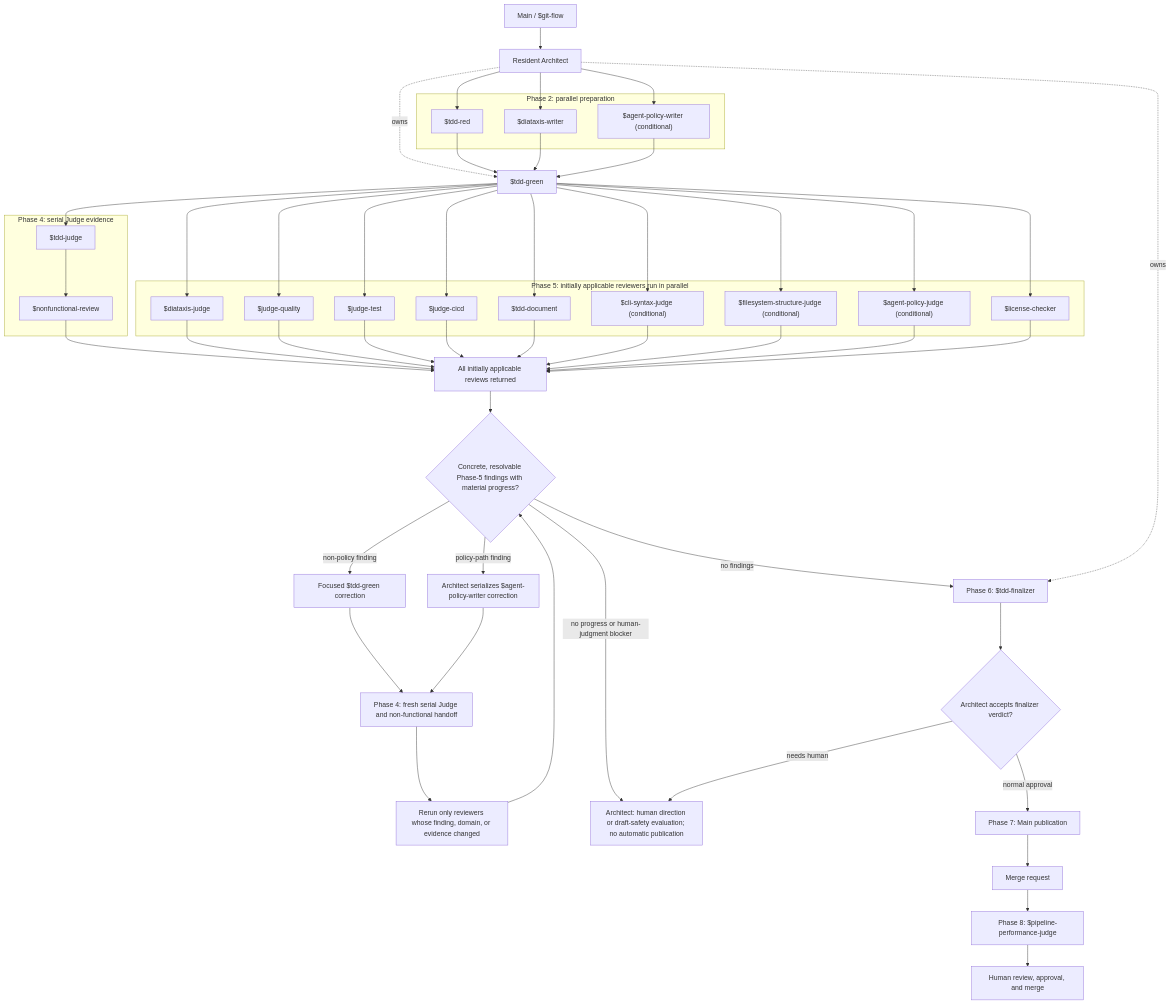
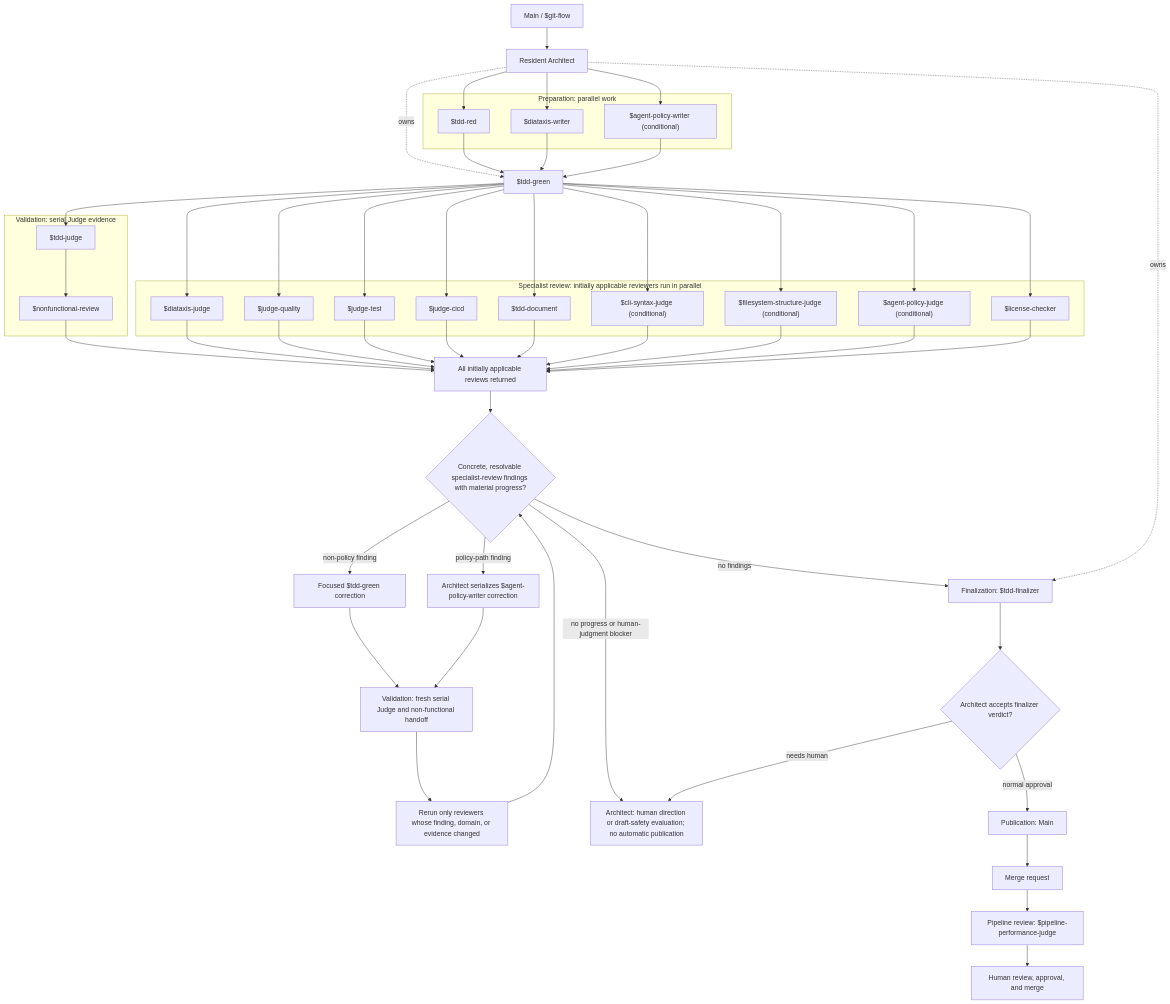
One commit to dfwguy/nvis-ova-agentic-copier changed the first of 5 diagrams in docs/explanation/agentic-workflow.md. Above: the diagram before and after it, drawn with Mermaid. The commit also changed other lines of this file and 49 other files, not shown here.

````diff
--- a/docs/explanation/agentic-workflow.md
+++ b/docs/explanation/agentic-workflow.md
@@ -168,68 +159,68 @@
 ```mermaid
 flowchart TD
     main["Main / $git-flow"] --> architect["Resident Architect"]
-    subgraph phase2["Phase 2: parallel preparation"]
+    subgraph preparation["Preparation: parallel work"]
         red["$tdd-red"]
         writer["$diataxis-writer"]
         policywriter["$agent-policy-writer (conditional)"]
     end
     architect --> red
     architect --> writer
     architect --> policywriter
     architect -. owns .-> green["$tdd-green"]
     red --> green
     writer --> green
     policywriter --> green
     green --> judge
-    subgraph phase4["Phase 4: serial Judge evidence"]
+    subgraph validation["Validation: serial Judge evidence"]
         judge["$tdd-judge"]
         nonfunctional["$nonfunctional-review"]
     end
-    subgraph phase5["Phase 5: initially applicable reviewers run in parallel"]
+    subgraph specialistreview["Specialist review: initially applicable reviewers run in parallel"]
         diataxis["$diataxis-judge"]
         quality["$judge-quality"]
         testjudge["$judge-test"]
         cicd["$judge-cicd"]
         readme["$tdd-document"]
         cli["$cli-syntax-judge (conditional)"]
         filesystem["$filesystem-structure-judge (conditional)"]
         policy["$agent-policy-judge (conditional)"]
         license["$license-checker"]
     end
     judge --> nonfunctional
     green --> diataxis
     green --> quality
     green --> testjudge
     green --> cicd
     green --> readme
     green --> cli
     green --> filesystem
     green --> policy
     green --> license
     nonfunctional --> reviews["All initially applicable reviews returned"]
     diataxis --> reviews
     quality --> reviews
     testjudge --> reviews
     cicd --> reviews
     readme --> reviews
     cli --> reviews
     filesystem --> reviews
     policy --> reviews
     license --> reviews
-    reviews --> phase5outcome{"Concrete, resolvable Phase-5 findings with material progress?"}
-    phase5outcome -- "non-policy finding" --> focusedgreen["Focused $tdd-green correction"]
-    phase5outcome -- "policy-path finding" --> policycorrection["Architect serializes $agent-policy-writer correction"]
-    focusedgreen --> correctionjudge["Phase 4: fresh serial Judge and non-functional handoff"]
+    reviews --> reviewoutcome{"Concrete, resolvable specialist-review findings with material progress?"}
+    reviewoutcome -- "non-policy finding" --> focusedgreen["Focused $tdd-green correction"]
+    reviewoutcome -- "policy-path finding" --> policycorrection["Architect serializes $agent-policy-writer correction"]
+    focusedgreen --> correctionjudge["Validation: fresh serial Judge and non-functional handoff"]
     policycorrection --> correctionjudge
     correctionjudge --> selective["Rerun only reviewers whose finding, domain, or evidence changed"]
-    selective --> phase5outcome
-    phase5outcome -- "no findings" --> finalizer["Phase 6: $tdd-finalizer"]
+    selective --> reviewoutcome
+    reviewoutcome -- "no findings" --> finalizer["Finalization: $tdd-finalizer"]
     architect -. owns .-> finalizer
-    phase5outcome -- "no progress or human-judgment blocker" --> humanstop["Architect: human direction or draft-safety evaluation; no automatic publication"]
+    reviewoutcome -- "no progress or human-judgment blocker" --> humanstop["Architect: human direction or draft-safety evaluation; no automatic publication"]
     finalizer --> decision{"Architect accepts finalizer verdict?"}
-    decision -- "normal approval" --> publish["Phase 7: Main publication"]
+    decision -- "normal approval" --> publish["Publication: Main"]
     decision -- "needs human" --> humanstop
     publish --> mr["Merge request"]
-    mr --> pipeline["Phase 8: $pipeline-performance-judge"]
+    mr --> pipeline["Pipeline review: $pipeline-performance-judge"]
     pipeline --> human["Human review, approval, and merge"]
 ```
````
